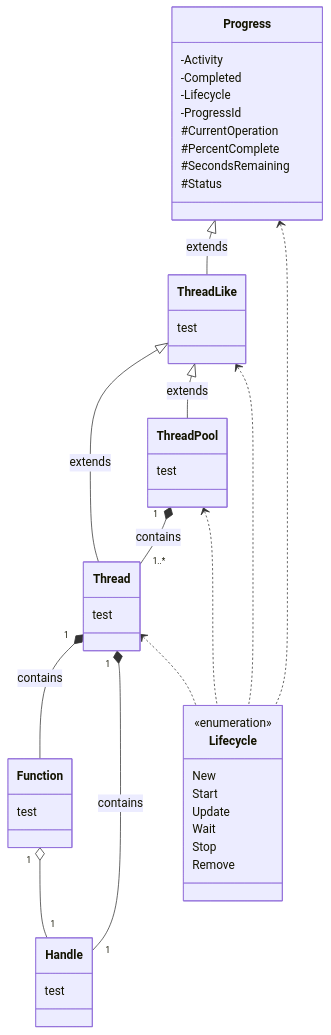
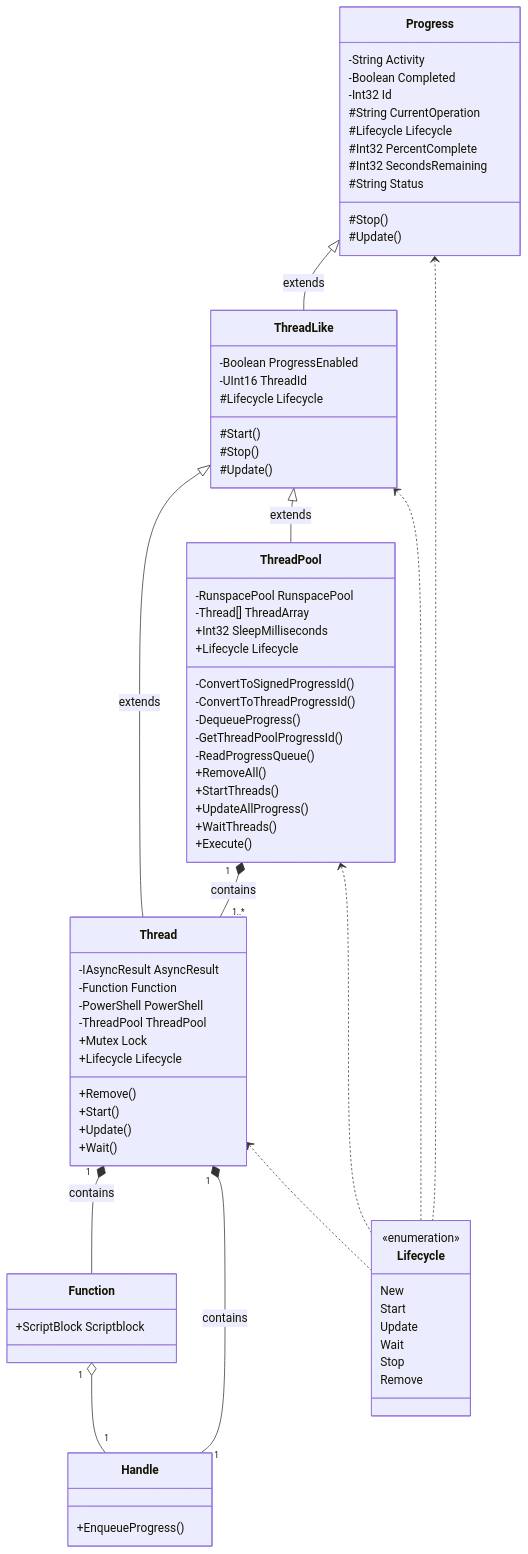
Before and after one commit to cpuabuse/init: the diagram in src/docs/wiki/structure.md, drawn with Mermaid. The commit also changed 1 other file, not shown here.

Commit message:
Change: Outline the structure to match design

````diff
--- a/src/docs/wiki/structure.md
+++ b/src/docs/wiki/structure.md
@@ -3,49 +3,78 @@
 ```mermaid
 classDiagram
 class Lifecycle{
 	<<enumeration>>
 	New
 	Start
 	Update
 	Wait
 	Stop
 	Remove
 }
 class Progress{
-	-Activity
-	-Completed
-	-Lifecycle
-	-ProgressId
-	#CurrentOperation
-	#PercentComplete
-	#SecondsRemaining
-	#Status
+	-String Activity
+	-Boolean Completed
+	-Int32 Id
+	#String CurrentOperation
+	#Lifecycle Lifecycle
+	#Int32 PercentComplete
+	#Int32 SecondsRemaining
+	#String Status
+	#Stop()
+	#Update()
 }
 class ThreadLike{
-	test
+	-Boolean ProgressEnabled
+	-UInt16 ThreadId
+	#Lifecycle Lifecycle
+	#Start()
+	#Stop()
+	#Update()
 }
 class Thread{
-	test
+	-IAsyncResult AsyncResult
+	-Function Function
+	-PowerShell PowerShell
+	-ThreadPool ThreadPool
+	+Mutex Lock
+	+Lifecycle Lifecycle
+	+Remove()
+	+Start()
+	+Update()
+	+Wait()
 }
 class ThreadPool{
-	test
+	-RunspacePool RunspacePool
+	-Thread[] ThreadArray
+	+Int32 SleepMilliseconds
+	-ConvertToSignedProgressId()
+	-ConvertToThreadProgressId()
+	-DequeueProgress()
+	-GetThreadPoolProgressId()
+	-ReadProgressQueue()
+	+Lifecycle Lifecycle
+	+RemoveAll()
+	+StartThreads()
+	+UpdateAllProgress()
+	+WaitThreads()
+	+Execute()
 }
 class Handle{
-	test
+	+EnqueueProgress()
 }
 class Function{
-	test
+	+ScriptBlock Scriptblock
 }
 
 Progress <|-- ThreadLike : extends
 Progress <.. Lifecycle
 ThreadLike <|-- Thread : extends
 ThreadLike <|-- ThreadPool : extends
 ThreadLike <.. Lifecycle
 ThreadPool "1" *-- "1..*" Thread : contains
 ThreadPool <.. Lifecycle
 Thread "1" *-- Function : contains
 Thread "1" *-- "1" Handle : contains
 Thread <.. Lifecycle
 Function "1" o-- "1" Handle
 ```
````
